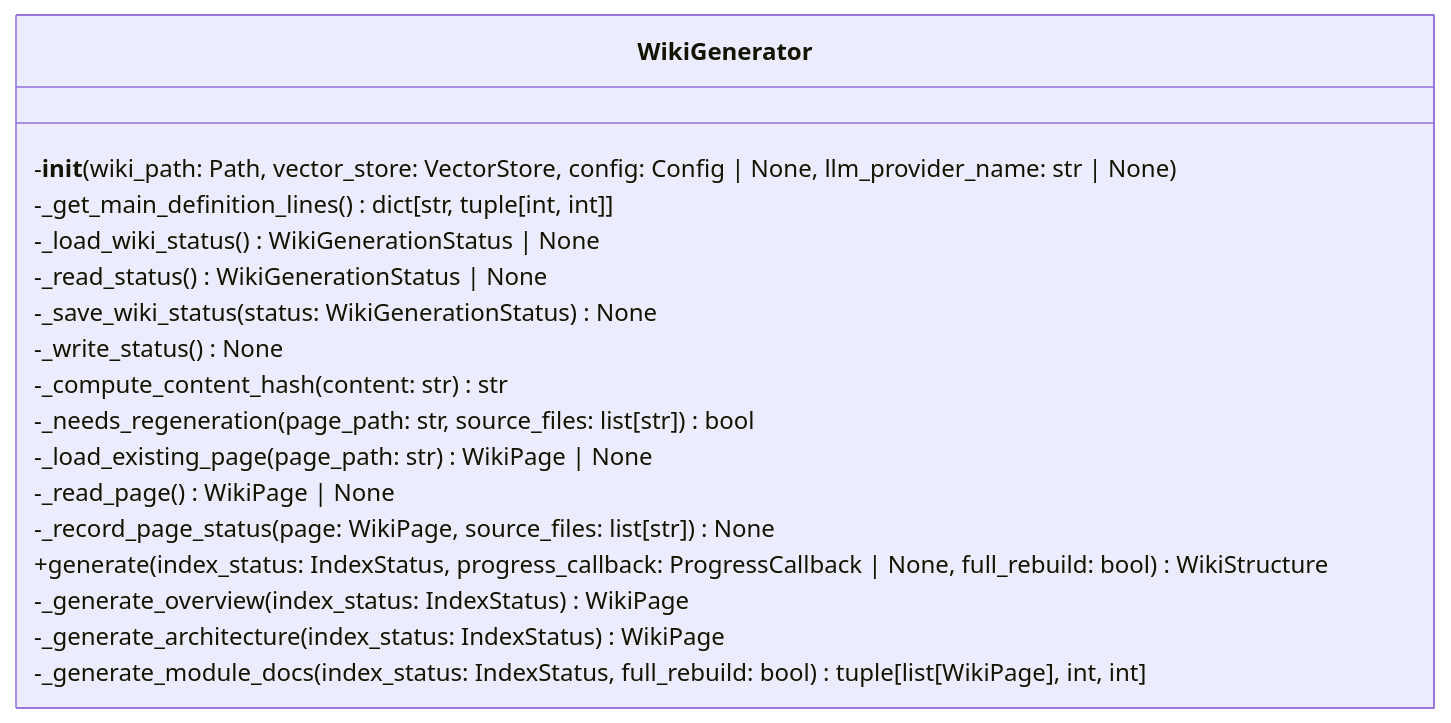
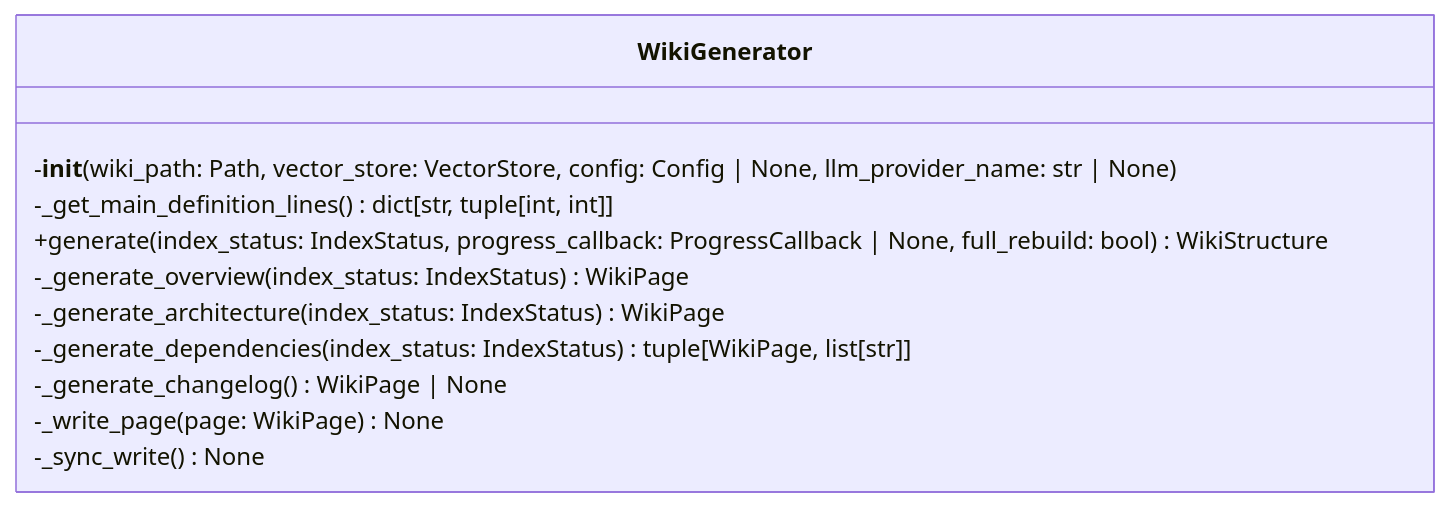
One commit to UrbanDiver/local-deepwiki-mcp changed the first of 2 diagrams in .deepwiki/files/src/local_deepwiki/generators/wiki.md. Above: the diagram before and after it, drawn with Mermaid. The commit also changed other lines of this file and 53 other files, not shown here.

First line of the commit message:
Add inline expandable source code to wiki documentation

````diff
--- a/.deepwiki/files/src/local_deepwiki/generators/wiki.md
+++ b/.deepwiki/files/src/local_deepwiki/generators/wiki.md
@@ -198,20 +490,14 @@
 ```mermaid
 classDiagram
     class WikiGenerator {
         -__init__(wiki_path: Path, vector_store: VectorStore, config: Config | None, llm_provider_name: str | None)
         -_get_main_definition_lines() dict[str, tuple[int, int]]
-        -_load_wiki_status() WikiGenerationStatus | None
-        -_read_status() WikiGenerationStatus | None
-        -_save_wiki_status(status: WikiGenerationStatus) None
-        -_write_status() None
-        -_compute_content_hash(content: str) str
-        -_needs_regeneration(page_path: str, source_files: list[str]) bool
-        -_load_existing_page(page_path: str) WikiPage | None
-        -_read_page() WikiPage | None
-        -_record_page_status(page: WikiPage, source_files: list[str]) None
         +generate(index_status: IndexStatus, progress_callback: ProgressCallback | None, full_rebuild: bool) WikiStructure
         -_generate_overview(index_status: IndexStatus) WikiPage
         -_generate_architecture(index_status: IndexStatus) WikiPage
-        -_generate_module_docs(index_status: IndexStatus, full_rebuild: bool) tuple[list[WikiPage], int, int]
+        -_generate_dependencies(index_status: IndexStatus) tuple[WikiPage, list[str]]
+        -_generate_changelog() WikiPage | None
+        -_write_page(page: WikiPage) None
+        -_sync_write() None
     }
 ```
````
